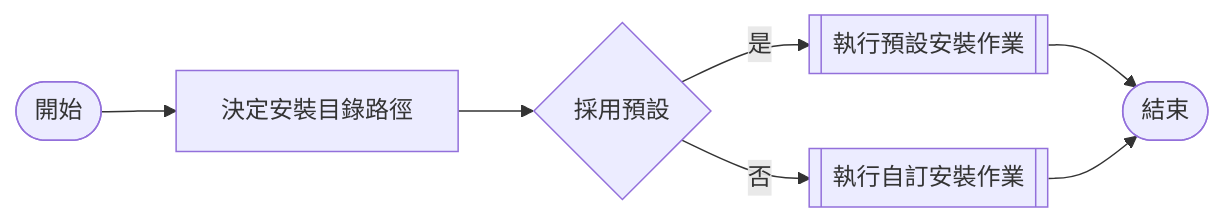
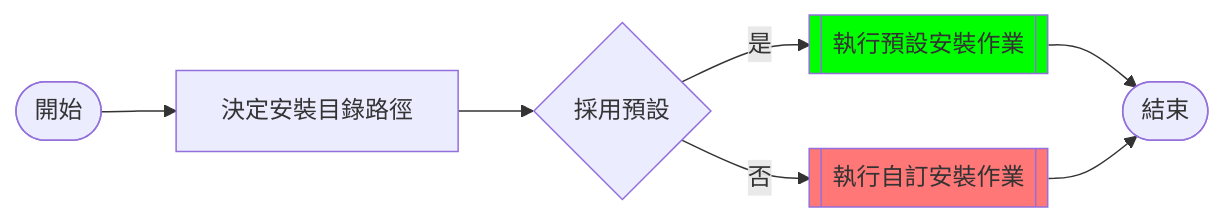
Before and after one commit to AlanJui/nvimX: the diagram in README.md, drawn with Mermaid. The commit also changed other lines of this file, not shown here.

````diff
--- a/README.md
+++ b/README.md
@@ -88,9 +88,12 @@
 ```mermaid
 flowchart LR
-  S([開始]) --> A
-  A[決定安裝目錄路徑]-->B{採用預設};
-  B-- 是 -->C[[執行預設安裝作業]];
-  B-- 否 -->D[[執行自訂安裝作業]];
+  S([開始]) --> A[決定安裝目錄路徑]
+  A-->B{採用預設}
+  B-- 是 --> C[[執行預設安裝作業]]
+  B-- 否 --> D[[執行自訂安裝作業]]
   C --> E([結束])
   D --> E
+
+  style C  fill:#0f0
+  style D  fill:#f77
 ```
````
